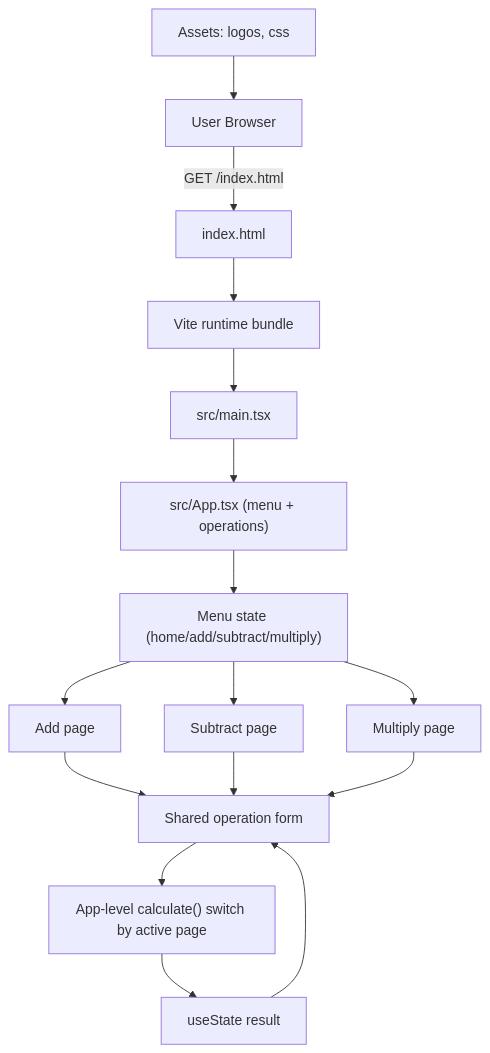
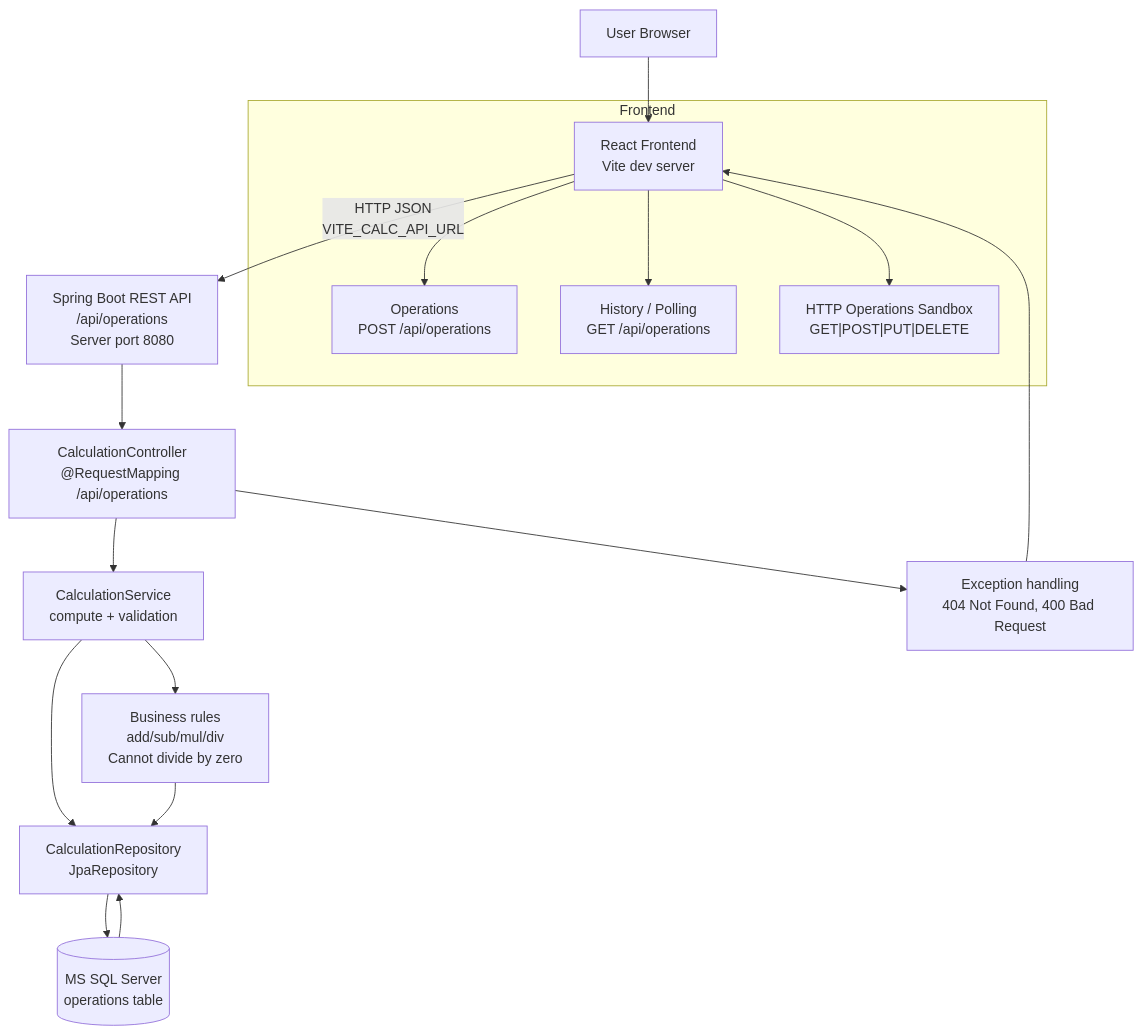
The diagram in docs/architecture.md (kkmadiraju/my-react-app), drawn with Mermaid before and after one commit. The commit also changed other lines of this file and 3 other files, not shown here.

Commit message:
Added arch diagram

````diff
--- a/docs/architecture.md
+++ b/docs/architecture.md
@@ -5,20 +13,22 @@
 ```mermaid
-flowchart TD
-  Browser["User Browser"] -->|"GET /index.html"| HTML["index.html"]
-  HTML --> JS["Vite runtime bundle"]
-  JS --> Entrypoint["src/main.tsx"]
-  Entrypoint --> App["src/App.tsx (menu + operations)"]
-  App --> Menu["Menu state (home/add/subtract/multiply)"]
-  Menu --> Add["Add page"]
-  Menu --> Subtract["Subtract page"]
-  Menu --> Multiply["Multiply page"]
+flowchart TB
+  User["User Browser"] --> FE["React Frontend\nVite dev server"]
+  FE -->|HTTP JSON\nVITE_CALC_API_URL| API["Spring Boot REST API\n/api/operations\nServer port 8080"]
 
-  Add --> Form["Shared operation form"]
-  Subtract --> Form
-  Multiply --> Form
-  Form --> CalculatorLogic["App-level calculate() switch by active page"]
-  CalculatorLogic --> ResultState["useState result"]
-  ResultState --> Form
+  subgraph Frontend
+    FE --> FE_OPS["Operations\nPOST /api/operations"]
+    FE --> FE_LIST["History / Polling\nGET /api/operations"]
+    FE --> FE_HTTP["HTTP Operations Sandbox\nGET|POST|PUT|DELETE"]
+  end
 
-  Assets["Assets: logos, css"] --> Browser
+  API --> CTRL["CalculationController\n@RequestMapping /api/operations"]
+  CTRL --> SVC["CalculationService\ncompute + validation"]
+  SVC --> REPO["CalculationRepository\nJpaRepository"]
+  REPO --> DB[("MS SQL Server\noperations table")]
+
+  SVC --> E1["Business rules\nadd/sub/mul/div\nCannot divide by zero"]
+  E1 --> REPO
+  CTRL --> ERR["Exception handling\n404 Not Found, 400 Bad Request"]
+  ERR --> FE
+  DB --> REPO
 ```
````
